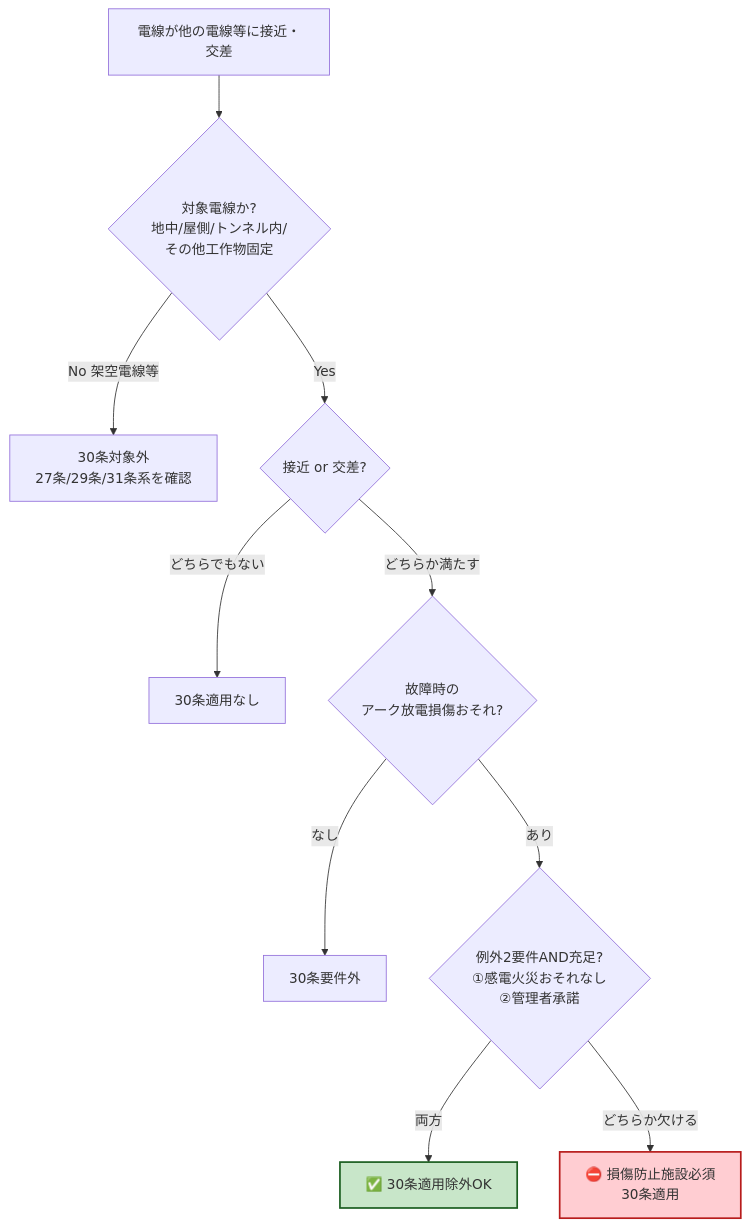
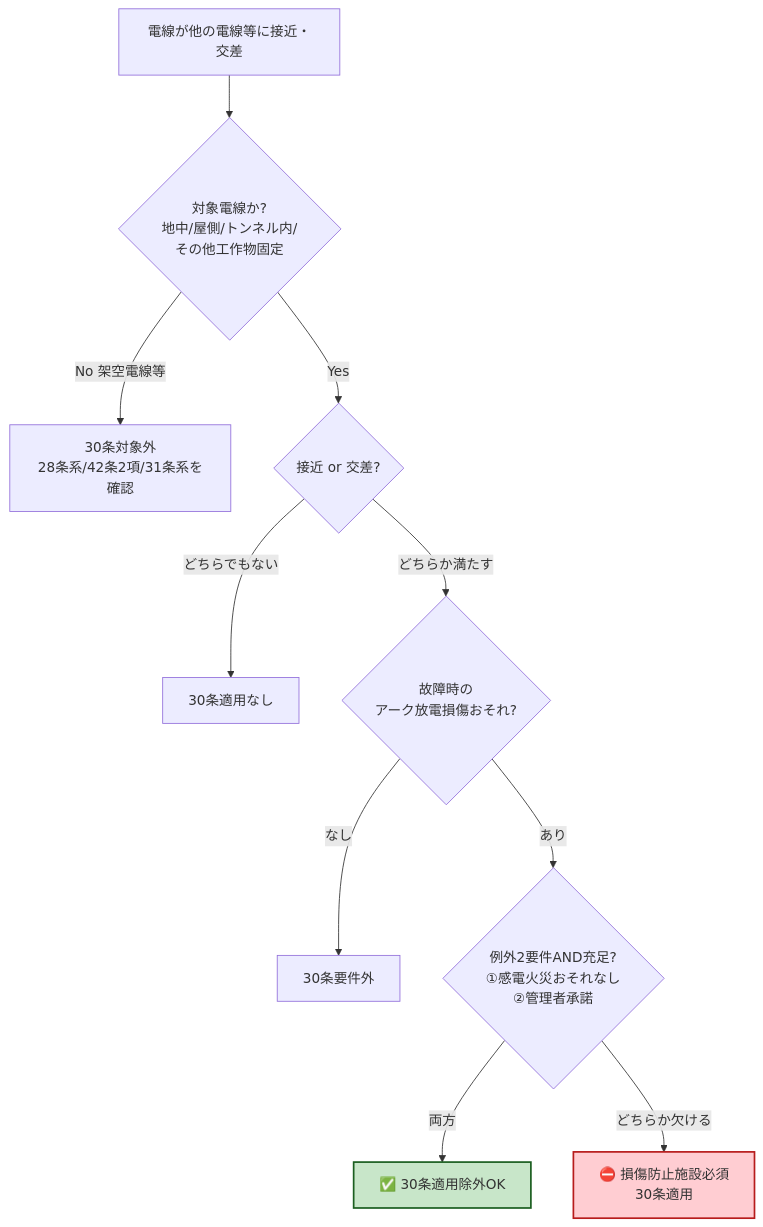
One commit to kfurufuru/denken-wiki changed the diagram in docs/articles/kijun/30.md. Above: the diagram before and after it, drawn with Mermaid. The commit also changed other lines of this file, not shown here.

````diff
--- a/docs/articles/kijun/30.md
+++ b/docs/articles/kijun/30.md
@@ -320,14 +328,14 @@
 ```mermaid
 flowchart TD
     A[電線が他の電線等に接近・交差] --> B{対象電線か?<br>地中/屋側/トンネル内/<br>その他工作物固定}
-    B -->|No 架空電線等| Z1[30条対象外<br>27条/29条/31条系を確認]
+    B -->|No 架空電線等| Z1[30条対象外<br>28条系/42条2項/31条系を確認]
     B -->|Yes| C{接近 or 交差?}
     C -->|どちらでもない| Z2[30条適用なし]
     C -->|どちらか満たす| D{故障時の<br>アーク放電損傷おそれ?}
     D -->|なし| Z3[30条要件外]
     D -->|あり| E{例外2要件AND充足?<br>①感電火災おそれなし<br>②管理者承諾}
     E -->|両方| F[✅ 30条適用除外OK]
     E -->|どちらか欠ける| G[⛔ 損傷防止施設必須<br>30条適用]
     style G fill:#ffcdd2,stroke:#b71c1c,stroke-width:2px
     style F fill:#c8e6c9,stroke:#1b5e20,stroke-width:2px
 ```
````
